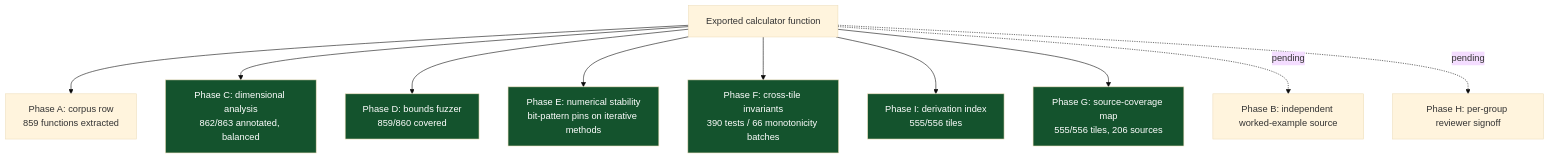
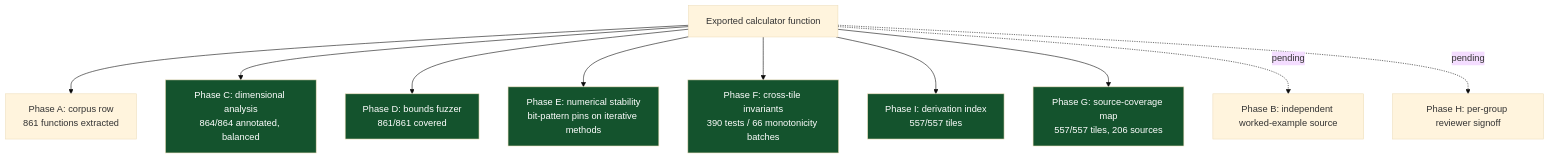
One commit to clay-good/roughlogic.com changed the fourth of 6 diagrams in README.md. Above: the diagram before and after it, drawn with Mermaid (base theme). The commit also changed other lines of this file and 15 other files, not shown here.

````diff
--- a/README.md
+++ b/README.md
@@ -262,18 +264,18 @@
 ```mermaid
 flowchart TB
-    F[Exported calculator function] --> A[Phase A: corpus row\n859 functions extracted]
-    F --> C[Phase C: dimensional analysis\n862/863 annotated, balanced]
-    F --> D[Phase D: bounds fuzzer\n859/860 covered]
+    F[Exported calculator function] --> A[Phase A: corpus row\n861 functions extracted]
+    F --> C[Phase C: dimensional analysis\n864/864 annotated, balanced]
+    F --> D[Phase D: bounds fuzzer\n861/861 covered]
     F --> E[Phase E: numerical stability\nbit-pattern pins on iterative methods]
     F --> Fa[Phase F: cross-tile invariants\n390 tests / 66 monotonicity batches]
-    F --> I[Phase I: derivation index\n555/556 tiles]
-    F --> G[Phase G: source-coverage map\n555/556 tiles, 206 sources]
+    F --> I[Phase I: derivation index\n557/557 tiles]
+    F --> G[Phase G: source-coverage map\n557/557 tiles, 206 sources]
     F -.pending.-> B[Phase B: independent worked-example source]
     F -.pending.-> H[Phase H: per-group reviewer signoff]
     style C fill:#14532d,color:#fff
     style D fill:#14532d,color:#fff
     style E fill:#14532d,color:#fff
     style Fa fill:#14532d,color:#fff
     style G fill:#14532d,color:#fff
     style I fill:#14532d,color:#fff
 ```
````
